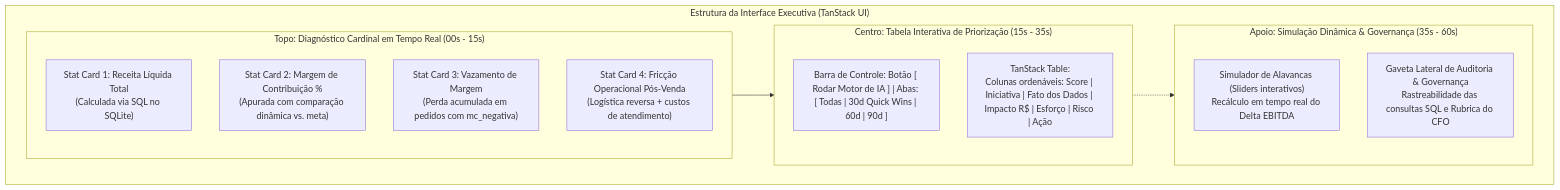
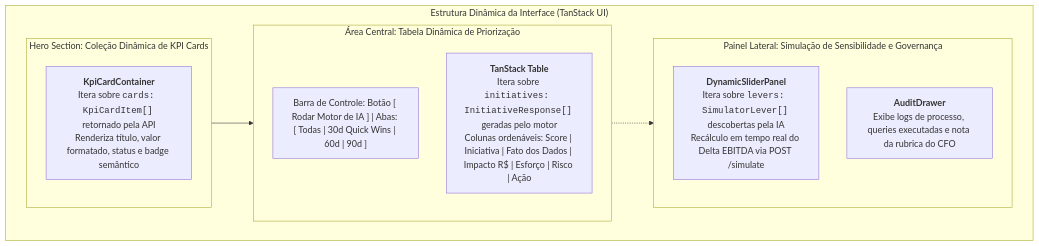
One commit to carlos-e-araujo/priorizador-de-margem changed the sixth of 6 diagrams in docs/04_ideia.md. Above: the diagram before and after it, drawn with Mermaid. The commit also changed other lines of this file, not shown here.

Commit message:
Refine Módulo C documentation for clarity and accuracy, enhancing descriptions of data handling and system architecture

````diff
--- a/docs/04_ideia.md
+++ b/docs/04_ideia.md
@@ -851,24 +873,21 @@
 ```mermaid
 flowchart TD
-    subgraph Layout["Estrutura da Interface Executiva (TanStack UI)"]
-        subgraph TopBar["Topo: Diagnóstico Cardinal em Tempo Real (00s - 15s)"]
-            K1["Stat Card 1: Receita Líquida Total<br/>(Calculada via SQL no SQLite)"]
-            K2["Stat Card 2: Margem de Contribuição %<br/>(Apurada com comparação dinâmica vs. meta)"]
-            K3["Stat Card 3: Vazamento de Margem<br/>(Perda acumulada em pedidos com mc_negativa)"]
-            K4["Stat Card 4: Fricção Operacional Pós-Venda<br/>(Logística reversa + custos de atendimento)"]
+    subgraph Layout["Estrutura Dinâmica da Interface (TanStack UI)"]
+        subgraph TopBar["Hero Section: Coleção Dinâmica de KPI Cards"]
+            KContainer["<b>KpiCardContainer</b><br/>Itera sobre <code>cards: KpiCardItem[]</code> retornado pela API<br/>Renderiza título, valor formatado, status e badge semântico"]
         end
 
-        subgraph MainSection["Centro: Tabela Interativa de Priorização (15s - 35s)"]
+        subgraph MainSection["Área Central: Tabela Dinâmica de Priorização"]
             Controls["Barra de Controle: Botão [ Rodar Motor de IA ] | Abas: [ Todas | 30d Quick Wins | 60d | 90d ]"]
-            Table["TanStack Table:<br/>Colunas ordenáveis: Score | Iniciativa | Fato dos Dados | Impacto R$ | Esforço | Risco | Ação"]
+            Table["<b>TanStack Table</b><br/>Itera sobre <code>initiatives: InitiativeResponse[]</code> geradas pelo motor<br/>Colunas ordenáveis: Score | Iniciativa | Fato dos Dados | Impacto R$ | Esforço | Risco | Ação"]
         end
 
-        subgraph AuxSection["Apoio: Simulação Dinâmica & Governança (35s - 60s)"]
-            Sim["Simulador de Alavancas (Sliders interativos)<br/>Recálculo em tempo real do Delta EBITDA"]
-            Drawer["Gaveta Lateral de Auditoria & Governança<br/>Rastreabilidade das consultas SQL e Rubrica do CFO"]
+        subgraph AuxSection["Painel Lateral: Simulação de Sensibilidade e Governança"]
+            Sim["<b>DynamicSliderPanel</b><br/>Itera sobre <code>levers: SimulatorLever[]</code> descobertas pela IA<br/>Recálculo em tempo real do Delta EBITDA via POST /simulate"]
+            Drawer["<b>AuditDrawer</b><br/>Exibe logs de processo, queries executadas e nota da rubrica do CFO"]
         end
 
         TopBar --> MainSection
         MainSection -.-> AuxSection
     end
 ```
````
